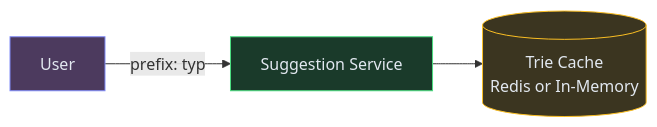
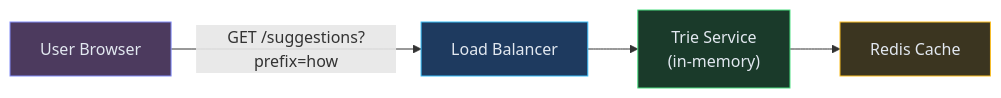
The second of 8 diagrams in content/hld/SearchAutocomplete.md (iluzn/HLD-Designs), drawn with Mermaid before and after one commit. The commit also changed other lines of this file and 26 other files, not shown here.

````diff
--- a/content/hld/SearchAutocomplete.md
+++ b/content/hld/SearchAutocomplete.md
@@ -103,13 +158,16 @@
 ```mermaid
 flowchart LR
-    USER["User"]:::client
-    API["Suggestion Service"]:::service
-    CACHE[("Trie Cache<br/>Redis or In-Memory")]:::data
+    USER["User Browser"]:::client
+    LB["Load Balancer"]:::edge
+    TRIE["Trie Service<br/>(in-memory)"]:::service
+    CACHE["Redis Cache"]:::data
 
-    USER -->|"prefix: typ"| API
-    API --> CACHE
+    USER -->|"GET /suggestions?prefix=how"| LB
+    LB --> TRIE
+    TRIE --> CACHE
 
     classDef client fill:#4c3a5e,stroke:#818cf8,color:#e2e8f0
+    classDef edge fill:#1e3a5f,stroke:#38bdf8,color:#e2e8f0
     classDef service fill:#1a3a2a,stroke:#4ade80,color:#e2e8f0
     classDef data fill:#3b3520,stroke:#fbbf24,color:#e2e8f0
 ```
````
